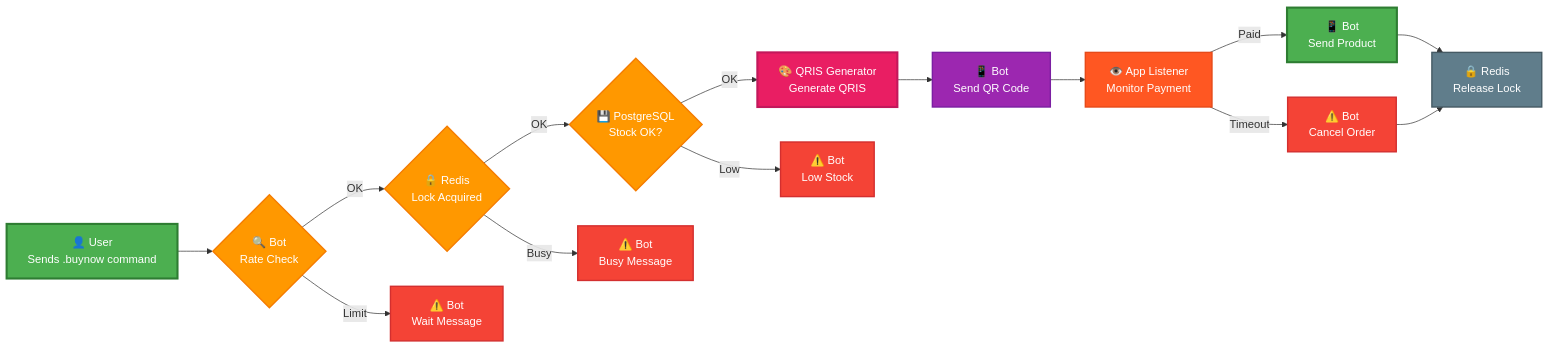
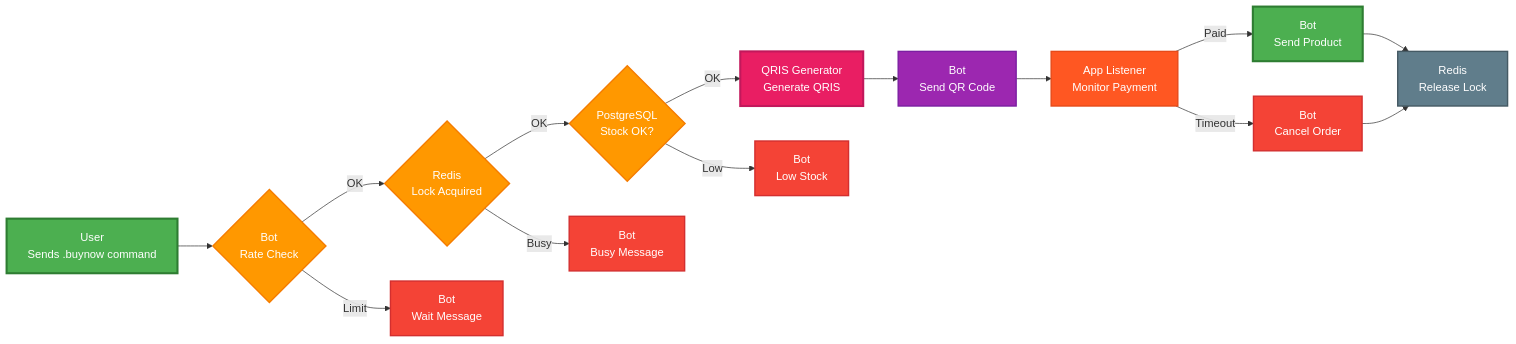
One commit to nicolaananda/bot-wa changed the third of 3 diagrams in README.md. Above: the diagram before and after it, drawn with Mermaid. The commit also changed other lines of this file, not shown here.

First line of the commit message:
🧹 Remove emoji icons from payment flow diagrams

````diff
--- a/README.md
+++ b/README.md
@@ -175,30 +175,30 @@
 ```mermaid
 flowchart LR
-    A["👤 User<br/>Sends .buynow command"] --> B{"🔍 Bot<br/>Rate Check"}
-    B -->|"OK"| C{"🔒 Redis<br/>Lock Acquired"}
-    B -->|"Limit"| D["⚠️ Bot<br/>Wait Message"]
-    C -->|"OK"| E{"💾 PostgreSQL<br/>Stock OK?"}
-    C -->|"Busy"| F["⚠️ Bot<br/>Busy Message"]
-    E -->|"OK"| G["🎨 QRIS Generator<br/>Generate QRIS"]
-    E -->|"Low"| H["⚠️ Bot<br/>Low Stock"]
-    G --> I["📱 Bot<br/>Send QR Code"]
-    I --> J["👁️ App Listener<br/>Monitor Payment"]
-    J -->|"Paid"| K["📱 Bot<br/>Send Product"]
-    J -->|"Timeout"| L["⚠️ Bot<br/>Cancel Order"]
-    K --> M["🔒 Redis<br/>Release Lock"]
+    A["User<br/>Sends .buynow command"] --> B{"Bot<br/>Rate Check"}
+    B -->|"OK"| C{"Redis<br/>Lock Acquired"}
+    B -->|"Limit"| D["Bot<br/>Wait Message"]
+    C -->|"OK"| E{"PostgreSQL<br/>Stock OK?"}
+    C -->|"Busy"| F["Bot<br/>Busy Message"]
+    E -->|"OK"| G["QRIS Generator<br/>Generate QRIS"]
+    E -->|"Low"| H["Bot<br/>Low Stock"]
+    G --> I["Bot<br/>Send QR Code"]
+    I --> J["App Listener<br/>Monitor Payment"]
+    J -->|"Paid"| K["Bot<br/>Send Product"]
+    J -->|"Timeout"| L["Bot<br/>Cancel Order"]
+    K --> M["Redis<br/>Release Lock"]
     L --> M
     
     style A fill:#4CAF50,stroke:#2E7D32,stroke-width:3px,color:#fff
     style B fill:#FF9800,stroke:#F57C00,stroke-width:2px,color:#fff
     style C fill:#FF9800,stroke:#F57C00,stroke-width:2px,color:#fff
     style D fill:#F44336,stroke:#D32F2F,stroke-width:2px,color:#fff
     style E fill:#FF9800,stroke:#F57C00,stroke-width:2px,color:#fff
     style F fill:#F44336,stroke:#D32F2F,stroke-width:2px,color:#fff
     style G fill:#E91E63,stroke:#C2185B,stroke-width:3px,color:#fff
     style H fill:#F44336,stroke:#D32F2F,stroke-width:2px,color:#fff
     style I fill:#9C27B0,stroke:#7B1FA2,stroke-width:2px,color:#fff
     style J fill:#FF5722,stroke:#E64A19,stroke-width:2px,color:#fff
     style K fill:#4CAF50,stroke:#2E7D32,stroke-width:3px,color:#fff
     style L fill:#F44336,stroke:#D32F2F,stroke-width:2px,color:#fff
     style M fill:#607D8B,stroke:#455A64,stroke-width:2px,color:#fff
 ```
````
